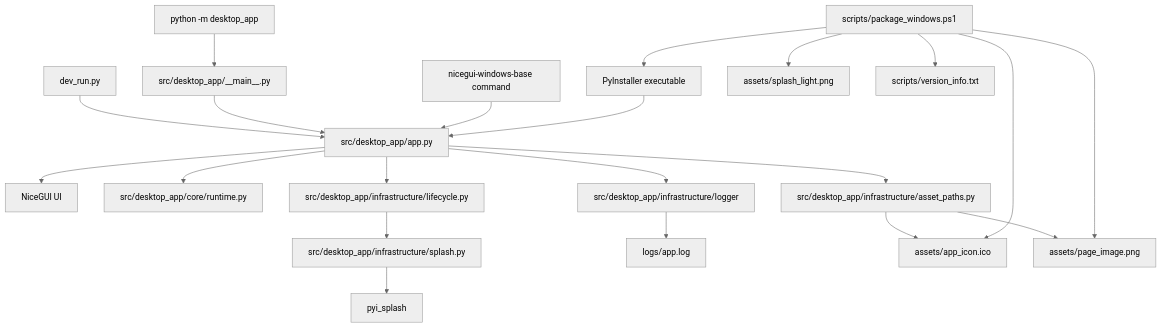
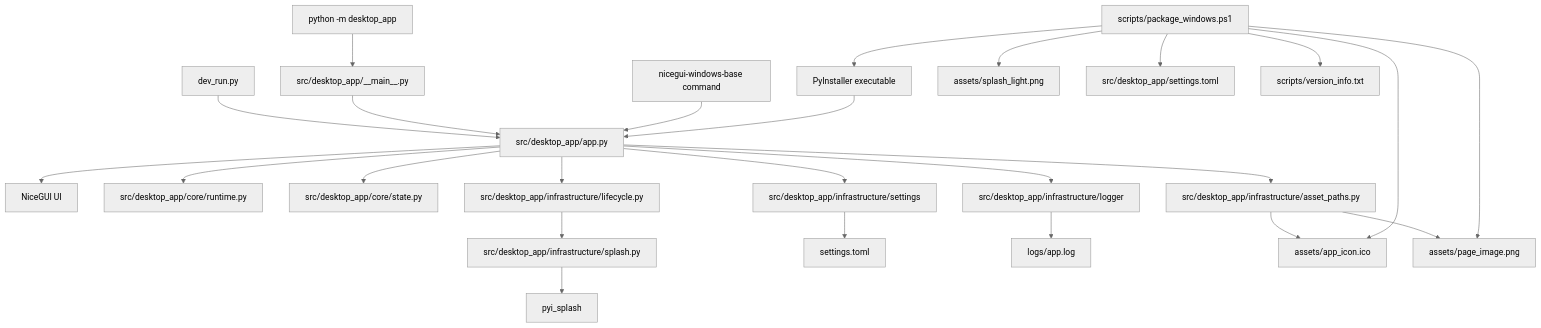
Before and after one commit to Fonze81/NiceGui-Windows-Base: the diagram in docs/README.md, drawn with Mermaid (neutral theme). The commit also changed other lines of this file and 6 other files, not shown here.

````diff
--- a/docs/README.md
+++ b/docs/README.md
@@ -43,26 +44,30 @@
 ```mermaid
 flowchart TD
     A[dev_run.py] --> B[src/desktop_app/app.py]
     C[python -m desktop_app] --> D[src/desktop_app/__main__.py]
     D --> B
     E[nicegui-windows-base command] --> B
     F[PyInstaller executable] --> B
 
     B --> G[NiceGUI UI]
     B --> H[src/desktop_app/core/runtime.py]
+    B --> T[src/desktop_app/core/state.py]
+    B --> U[src/desktop_app/infrastructure/settings]
     B --> I[src/desktop_app/infrastructure/asset_paths.py]
     B --> J[src/desktop_app/infrastructure/lifecycle.py]
     B --> R[src/desktop_app/infrastructure/logger]
     J --> K[src/desktop_app/infrastructure/splash.py]
+    U --> V[settings.toml]
     R --> S[logs/app.log]
 
     I --> L[assets/app_icon.ico]
     I --> M[assets/page_image.png]
     K --> N[pyi_splash]
 
     O[scripts/package_windows.ps1] --> F
     O --> L
     O --> M
     O --> P[assets/splash_light.png]
+    O --> W[src/desktop_app/settings.toml]
     O --> Q[scripts/version_info.txt]
 ```
````
